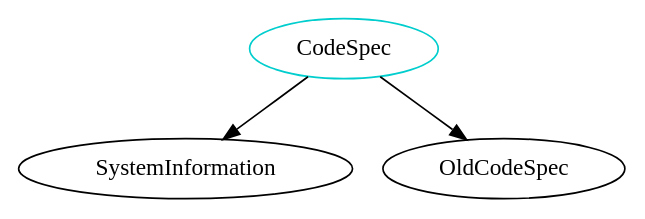
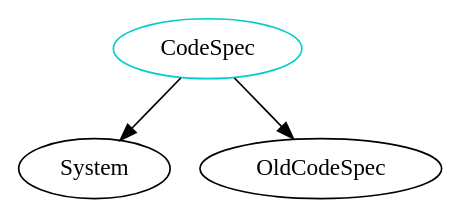
One commit to JacquesCarette/Drasil changed the diagram in analysis/TypeDependencyGraphs/code/CodeSpec.dot. Above: the diagram before and after it, drawn with Graphviz. The commit also changed 337 other files, not shown here.

```diff
--- a/analysis/TypeDependencyGraphs/code/CodeSpec.dot
+++ b/analysis/TypeDependencyGraphs/code/CodeSpec.dot
@@ -1,5 +1,5 @@
 digraph codespec{
 CodeSpec	[shape=oval, color=cyan3, label="CodeSpec"];
-CodeSpec -> SystemInformation;
+CodeSpec -> System;
 CodeSpec -> OldCodeSpec;
 }
```
